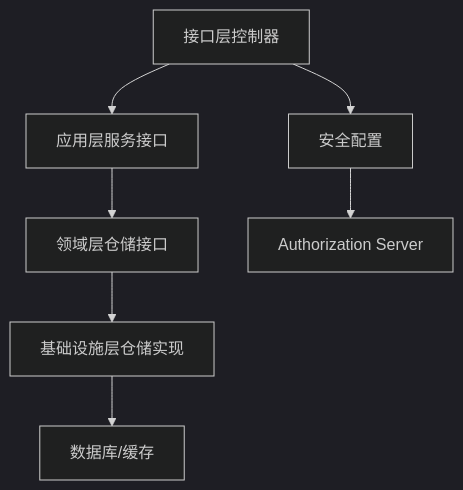
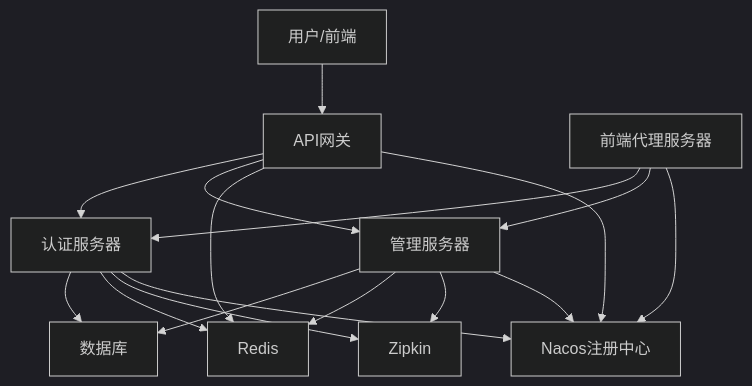
Before and after one commit to fq0121104930716/iam-platform: the eighth of 8 diagrams in .qoder/repowiki/zh/content/架构设计/架构设计.md, drawn with Mermaid (dark theme). The commit also changed other lines of this file and 222 other files, not shown here.

````diff
--- a/.qoder/repowiki/zh/content/架构设计/架构设计.md
+++ b/.qoder/repowiki/zh/content/架构设计/架构设计.md
@@ -259,9 +352,28 @@
 ```mermaid
 graph TB
-Controllers["接口层控制器"] --> Services["应用层服务接口"]
-Services --> Repositories["领域层仓储接口"]
-Repositories --> Impl["基础设施层仓储实现"]
-Impl --> DB["数据库/缓存"]
-Controllers --> Security["安全配置"]
-Security --> AuthServer["Authorization Server"]
+U["用户/前端"]
+GW["API网关"]
+AUTH["认证服务器"]
+ADMIN["管理服务器"]
+BFF["前端代理服务器"]
+DB["数据库"]
+REDIS["Redis"]
+ZK["Zipkin"]
+NACOS["Nacos注册中心"]
+U --> GW
+GW --> AUTH
+GW --> ADMIN
+BFF --> AUTH
+BFF --> ADMIN
+AUTH --> DB
+ADMIN --> DB
+AUTH --> REDIS
+ADMIN --> REDIS
+GW --> REDIS
+AUTH --> ZK
+ADMIN --> ZK
+GW --> NACOS
+AUTH --> NACOS
+ADMIN --> NACOS
+BFF --> NACOS
 ```
````
